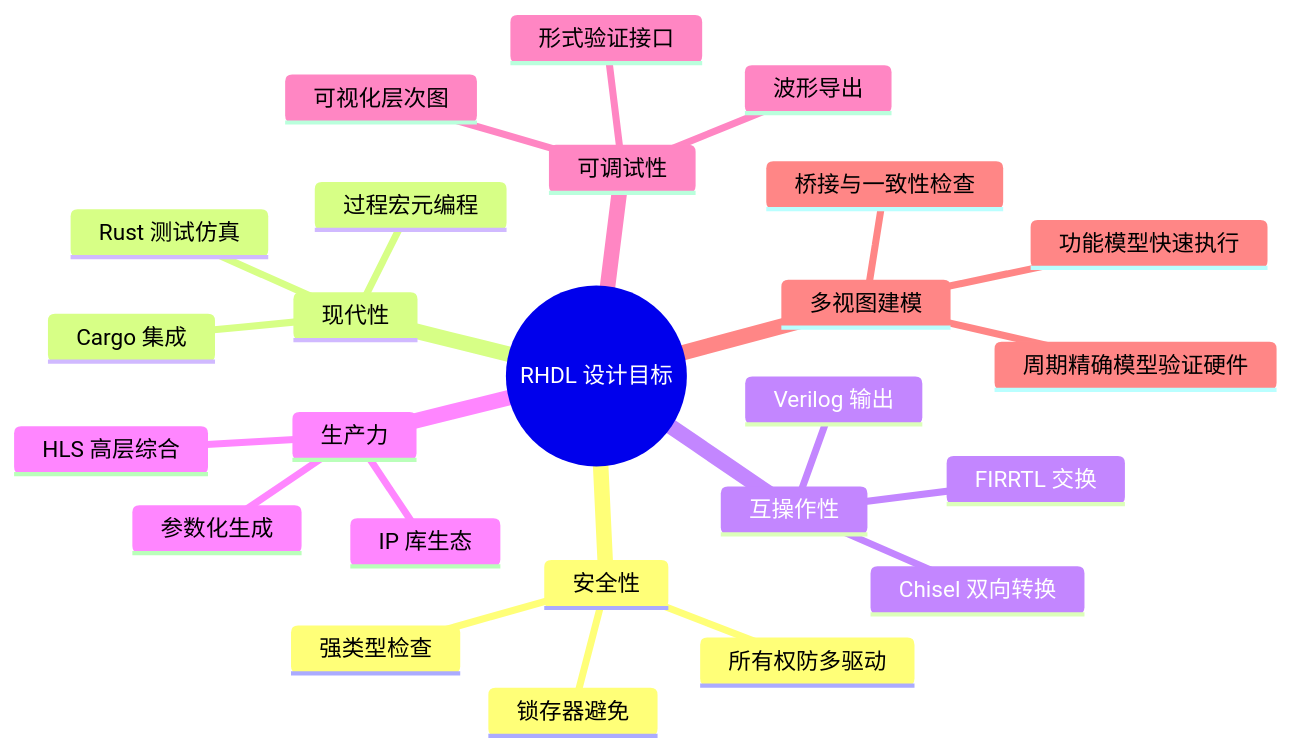
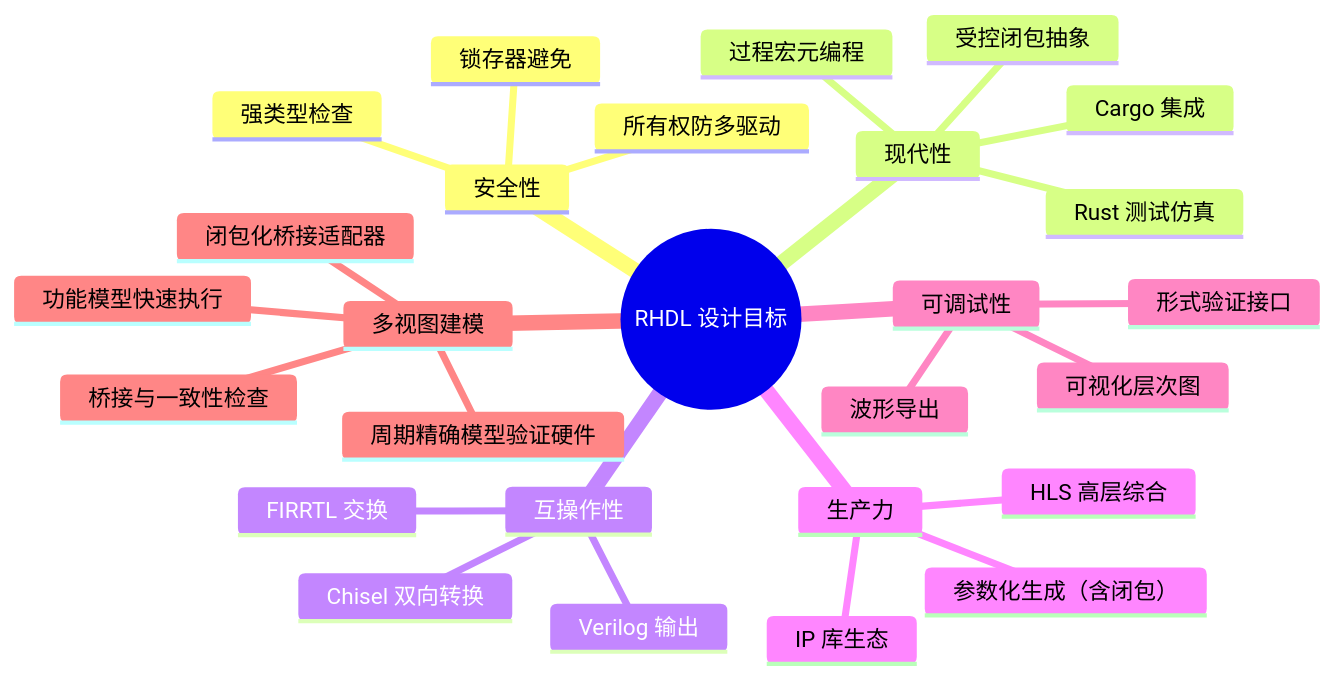
One commit to TangCan/bitloom changed the third of 10 diagrams in docs/requirements/1. 项目概述.md. Above: the diagram before and after it, drawn with Mermaid. The commit also changed other lines of this file, not shown here.

````diff
--- a/docs/requirements/1. 项目概述.md
+++ b/docs/requirements/1. 项目概述.md
@@ -89,29 +79,30 @@
 ```mermaid
 mindmap
   root((RHDL 设计目标))
     安全性
       强类型检查
       所有权防多驱动
       锁存器避免
     现代性
       Cargo 集成
       Rust 测试仿真
       过程宏元编程
+      受控闭包抽象
     互操作性
       FIRRTL 交换
       Chisel 双向转换
       Verilog 输出
     生产力
-      参数化生成
+      参数化生成（含闭包）
       HLS 高层综合
       IP 库生态
     可调试性
       可视化层次图
       波形导出
       形式验证接口
     多视图建模
       功能模型快速执行
       周期精确模型验证硬件
       桥接与一致性检查
-
+      闭包化桥接适配器
 ```
````
